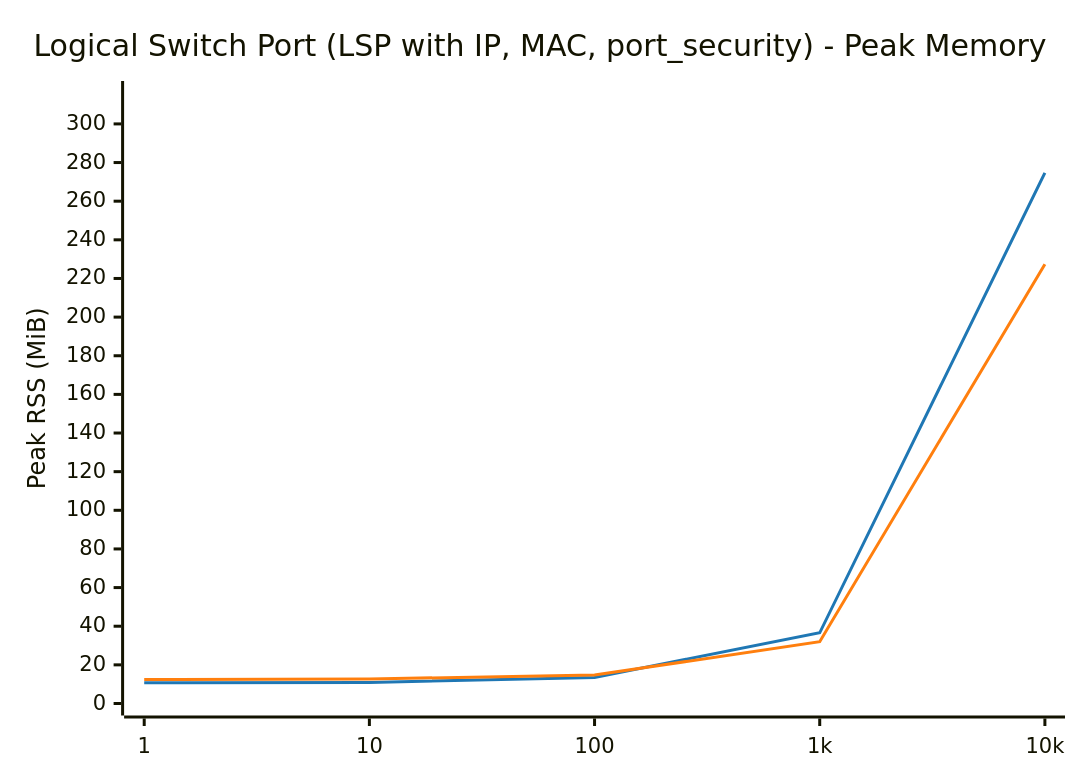
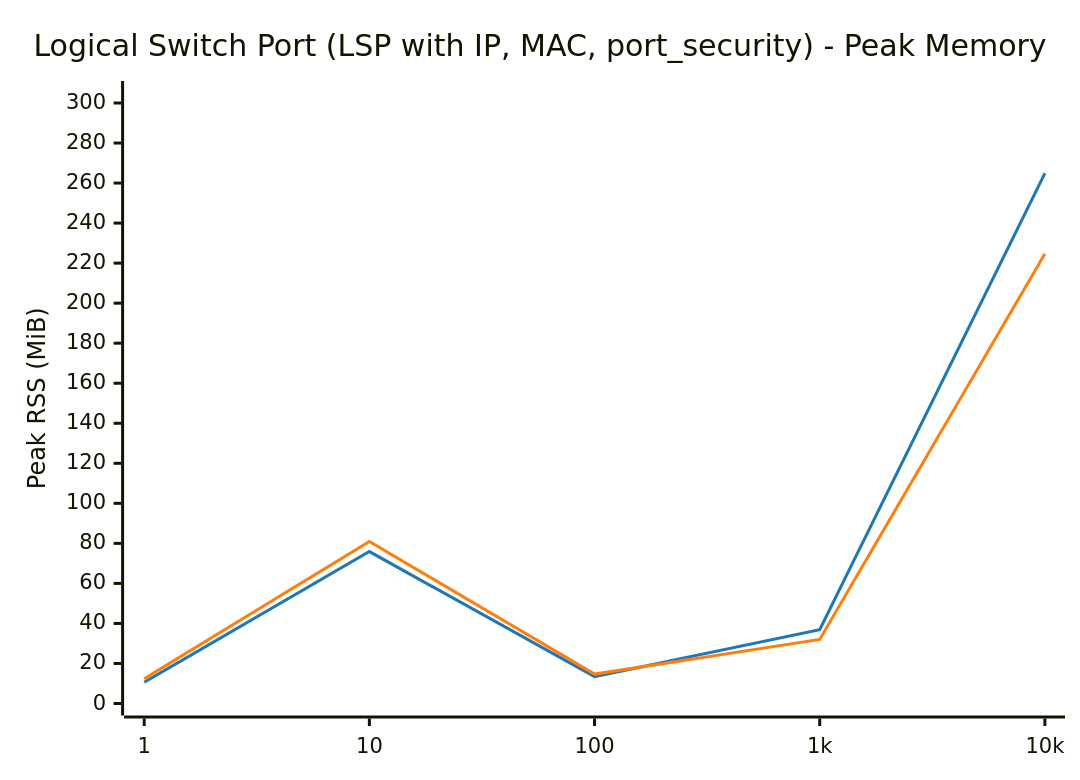
One commit to LionelJouin/ovs-ovn-bench changed the second of 14 diagrams in results/BENCHMARK_REPORT.md. Above: the diagram before and after it, drawn with Mermaid. The commit also changed other lines of this file and 4 other files, not shown here.

````diff
--- a/results/BENCHMARK_REPORT.md
+++ b/results/BENCHMARK_REPORT.md
@@ -99,14 +105,14 @@
 ```mermaid
 ---
 config:
     themeVariables:
         xyChart:
             plotColorPalette: "#1f77b4, #ff7f0e"
 ---
 xychart-beta
     title "Logical Switch Port (LSP with IP, MAC, port_security) - Peak Memory"
     x-axis ["1", "10", "100", "1k", "10k"]
-    y-axis "Peak RSS (MiB)" 0 --> 316
-    line "glibc malloc" [10.7, 10.9, 13.5, 36.6, 274.7]
-    line "jemalloc" [12.4, 12.7, 14.7, 32.0, 227.4]
+    y-axis "Peak RSS (MiB)" 0 --> 305
+    line "glibc malloc" [10.6, 75.9, 13.4, 36.9, 264.9]
+    line "jemalloc" [12.4, 80.9, 14.7, 32.0, 224.7]
 ```
````
